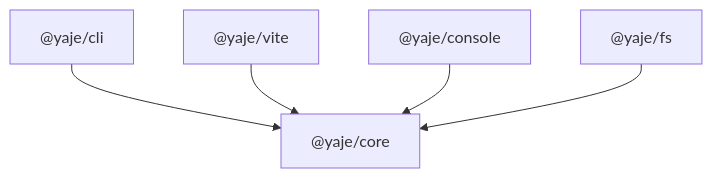
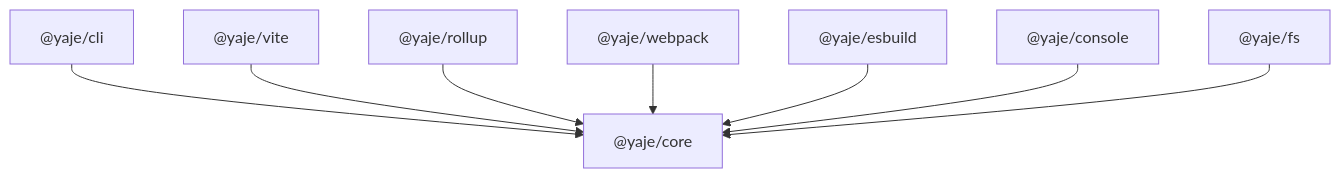
Before and after one commit to CBx0-dev/YAJE: the diagram in README.md, drawn with Mermaid. The commit also changed other lines of this file and 18 other files, not shown here.

````diff
--- a/README.md
+++ b/README.md
@@ -24,12 +24,19 @@
 ```mermaid
 flowchart TB
     cli["@yaje/cli"]
     core["@yaje/core"]
     console["@yaje/console"]
     fs["@yaje/fs"]
     vite["@yaje/vite"]
+    rollup["@yaje/rollup"]
+    webpack["@yaje/webpack"]
+    esbuild["@yaje/esbuild"]
+
     cli --> core
     vite --> core
+    rollup --> core
+    webpack --> core
+    esbuild --> core
     console --> core
     fs --> core
 ```
````
